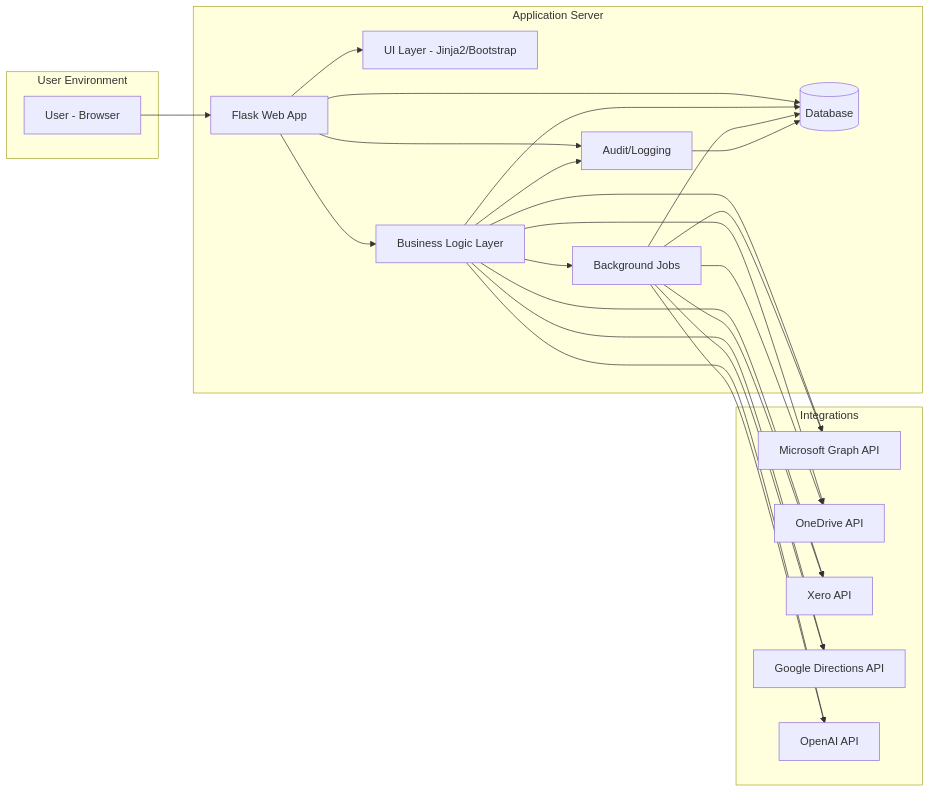
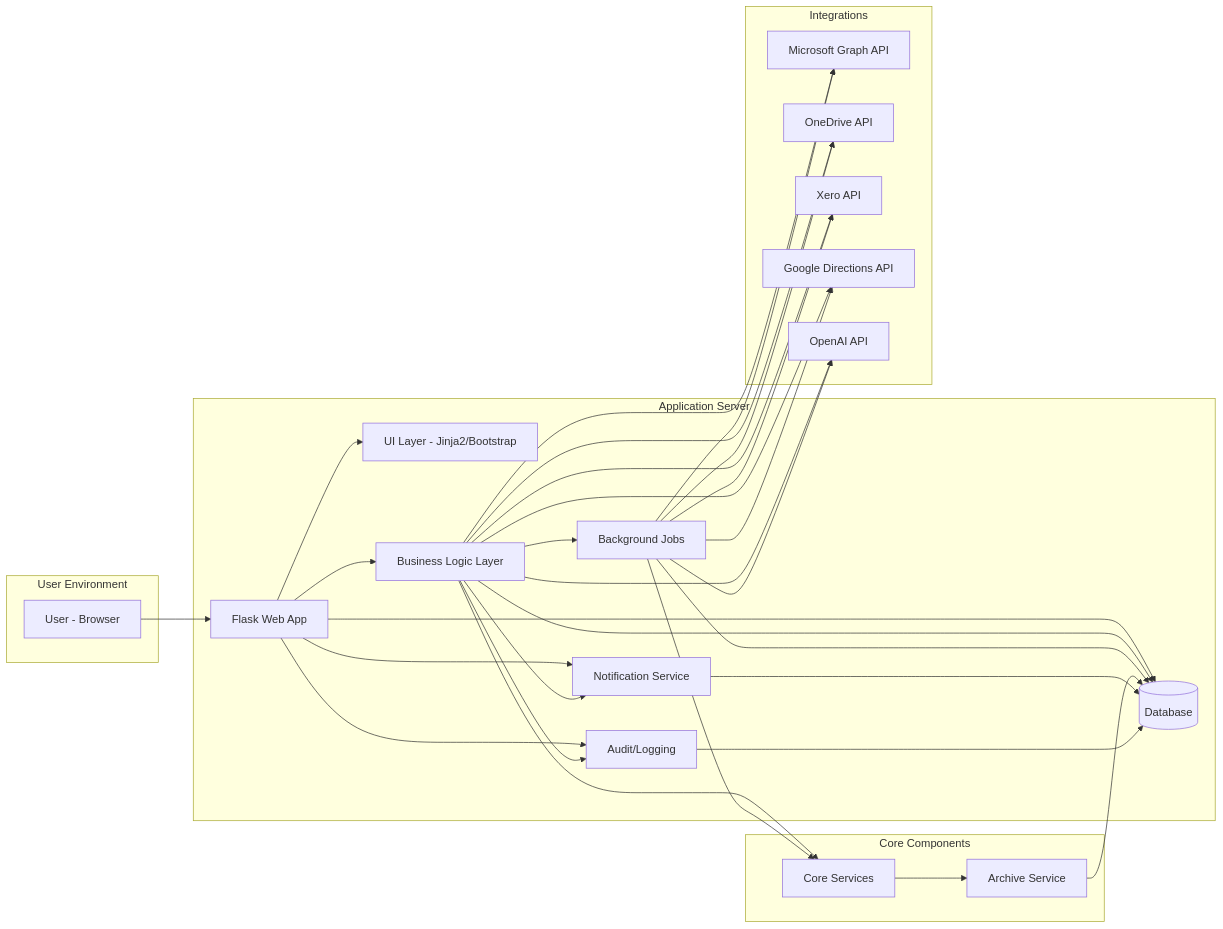
Before and after one commit to Auriora/admin-assistant: the second of 3 diagrams in docs/2-design/architecture.md, drawn with Mermaid. The commit also changed other lines of this file and 5 other files, not shown here.

First line of the commit message:
Enhance documentation and structure for core components and CLI

````diff
--- a/docs/2-design/architecture.md
+++ b/docs/2-design/architecture.md
@@ -45,42 +47,54 @@
 ```mermaid
 graph LR
     subgraph User Environment
         U[User - Browser]
     end
     subgraph Application Server
         FW[Flask Web App]
         UI[UI Layer - Jinja2/Bootstrap]
         BL[Business Logic Layer]
         BG[Background Jobs]
         DB[(Database)]
         AUD[Audit/Logging]
+        NOT[Notification Service]
+    end
+    subgraph Core Components
+        CORE[Core Services]
+        ARCH[Archive Service]
     end
     subgraph Integrations
         MS[Microsoft Graph API]
         OD[OneDrive API]
         XR[Xero API]
         GD[Google Directions API]
         OA[OpenAI API]
     end
 
     U --> FW
     FW --> UI
     FW --> BL
     FW --> AUD
     FW --> DB
+    FW --> NOT
     BL --> DB
     BL --> BG
     BL --> AUD
+    BL --> NOT
+    BL --> CORE
     BL --> MS
     BL --> OD
     BL --> XR
     BL --> GD
     BL --> OA
     BG --> DB
     BG --> MS
     BG --> OD
     BG --> XR
     BG --> GD
     BG --> OA
+    BG --> CORE
+    CORE --> ARCH
+    ARCH --> DB
+    NOT --> DB
     AUD --> DB
 ```
````
